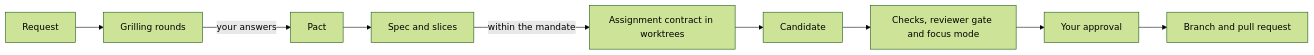
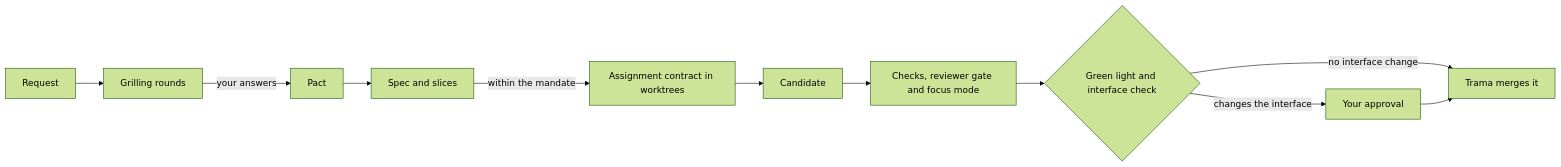
One commit to emanueledenaro/trama changed the diagram in README.md. Above: the diagram before and after it, drawn with Mermaid (forest theme). The commit also changed other lines of this file, not shown here.

````diff
--- a/README.md
+++ b/README.md
@@ -102,11 +106,13 @@
 ```mermaid
 flowchart LR
     R[Request] --> G[Grilling rounds]
     G -->|your answers| P[Pact]
     P --> PL[Spec and slices]
     PL -->|within the mandate| A[Assignment contract in worktrees]
     A --> C[Candidate]
     C --> V[Checks, reviewer gate and focus mode]
-    V --> AP[Your approval]
-    AP --> PR[Branch and pull request]
+    V --> M{Green light and interface check}
+    M -->|no interface change| PR[Trama merges it]
+    M -->|changes the interface| AP[Your approval]
+    AP --> PR
 ```
````
